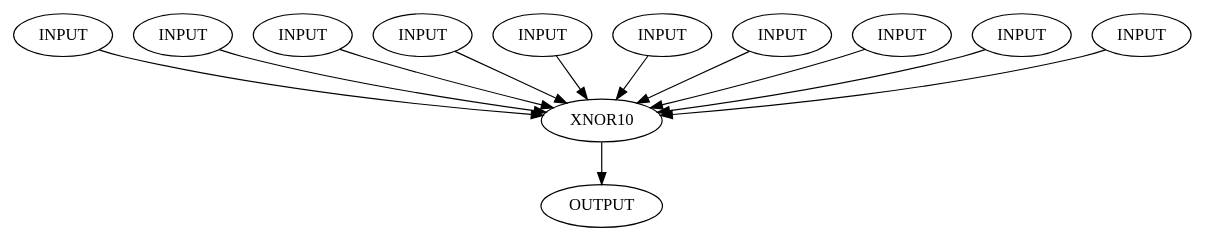
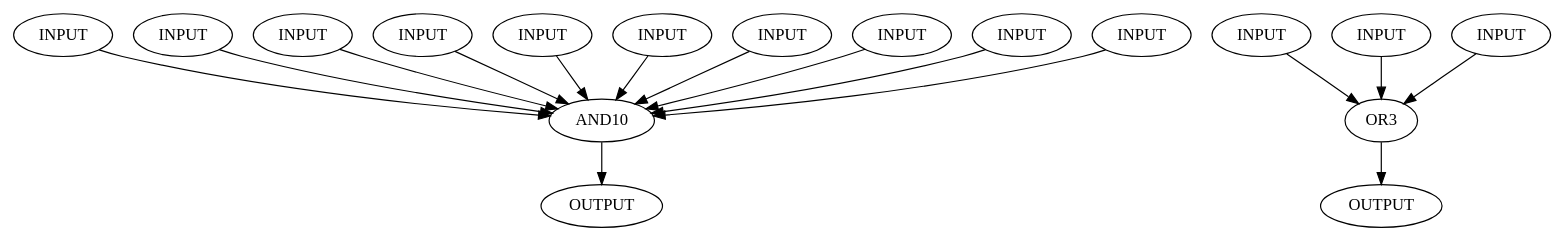
Before and after one commit to RomainLattier/Projet_C_2AMT: the diagram in Projet_C/Parser_gate/test_AND10.dot, drawn with Graphviz. The commit also changed 2 other files, not shown here.

```diff
--- a/Projet_C/Parser_gate/test_AND10.dot
+++ b/Projet_C/Parser_gate/test_AND10.dot
@@ -1,27 +1,37 @@
 digraph test {
 I1 [label = "INPUT"];
 I2 [label = "INPUT"];
 I3 [label = "INPUT"];
 I4 [label = "INPUT"];
 I5 [label = "INPUT"];
 I6 [label = "INPUT"];
 I7 [label = "INPUT"];
 I8 [label = "INPUT"];
 I9 [label = "INPUT"];
 I10 [label = "INPUT"];
 
 
-M [label = "XNOR10"];
-O [label = "OUTPUT"];
+M [label = "AND10" ];
+O [label = "OUTPUT" ];
 I1 -> M -> O;
 I2 -> M;
 I3 -> M;
 I4 -> M;
 I5 -> M;
 I6 -> M;
 I7 -> M;
 I8 -> M;
 I9 -> M;
 I10 -> M;
 
+M1 [label = "INPUT"];
+M2 [label = "INPUT"];
+M3 [label = "INPUT"];
+
+Mi [label = "OR3" ];
+Oi [label = "OUTPUT"];
+M1 -> Mi -> Oi;
+M2 -> Mi;
+M3 -> Mi;
+
 }
```
